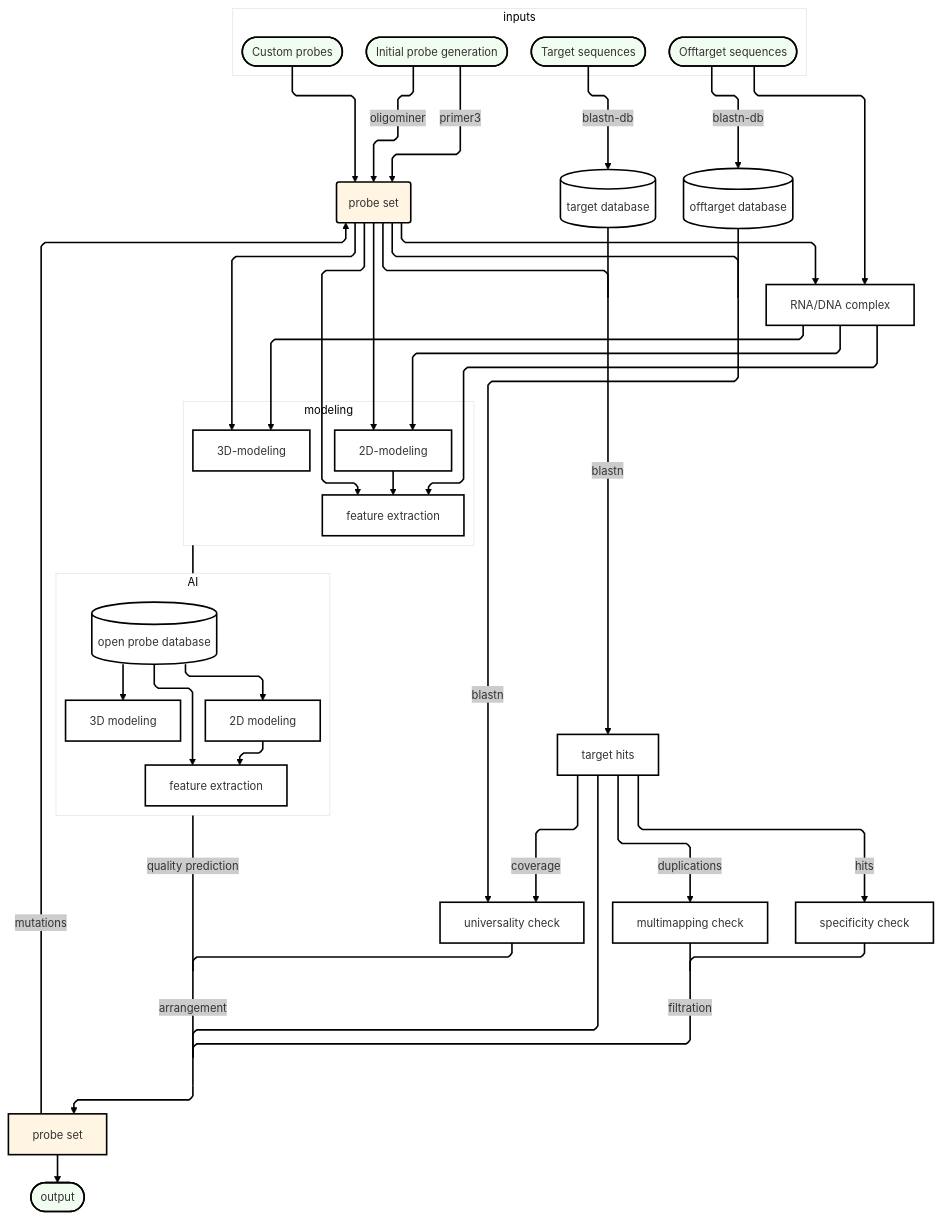
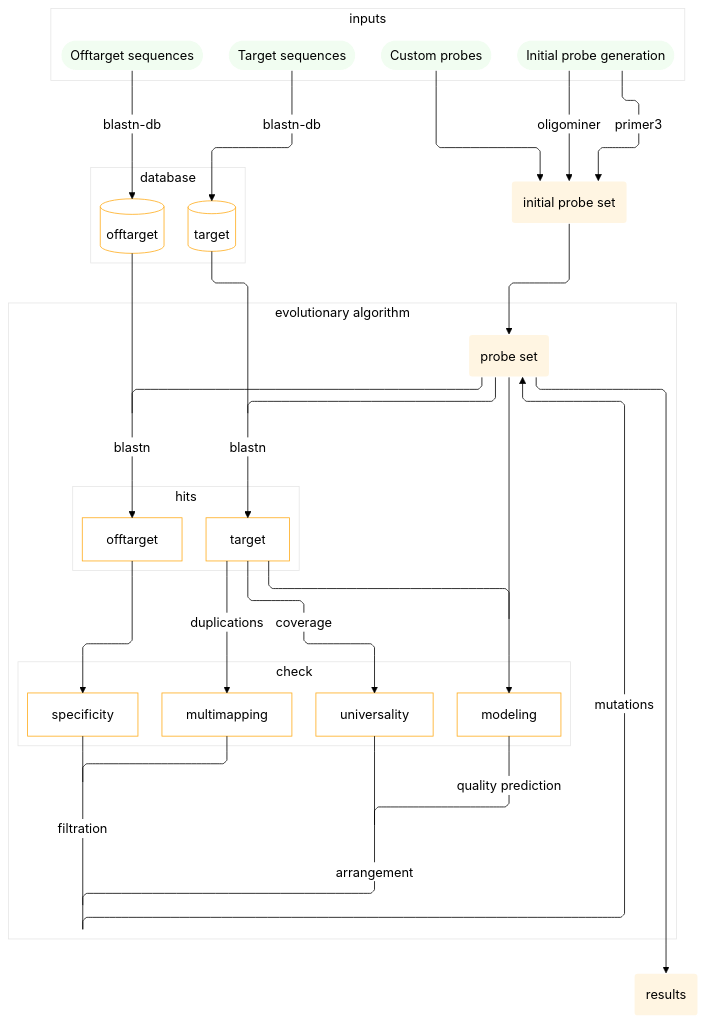
One commit to CTLab-ITMO/PROBEst changed the first of 2 diagrams in README.md. Above: the diagram before and after it, drawn with Mermaid. The commit also changed other lines of this file, not shown here.

Commit message:
mermaid fix

````diff
--- a/README.md
+++ b/README.md
@@ -105,20 +105,28 @@
 ---
 config:
   layout: elk
-  flowchart: 
-    curve: linear
-  theme: neo
   look: classic
-  style:
-    node:
-      borderColor: linear-gradient(to right, #FFAC1C, #90EE90)
-      fill: white
-    edge:
-      color: black
-    subgraph:
-      borderStyle: dotted
 ---
-flowchart TD
+%%{init: {
+  'theme': 'base',
+  'themeVariables': {
+    'fontFamily': 'arial',
+    'fontSize': '16px',
+    'primaryColor': '#fff',
+    'primaryBorderColor': '#FFAC1C',
+    'primaryTextColor': '#000',
+    'lineColor': '#000',
+    'secondaryColor': 'white',
+    'tertiaryColor': '#fff',
+    'subgraphBorderStyle': 'dotted'
+  },
+  'flowchart': {
+    'curve': 'monotoneY',
+    'padding': 15
+  }
+}}%%
+
+graph TD
   subgraph inputs
   A
   A1
@@ -126,67 +134,62 @@
   T3
   end
 
-  A([Initial probe generation]):::input -- primer3 --> B(probe set):::probe
-  A -- oligominer --> B
-  A1([Custom probes]):::input --> B
+  A([Initial probe generation]):::input -- primer3 --> B2(initial probe set):::probe
+  A -- oligominer --> B2
+  A1([Custom probes]):::input --> B2
+  B2 --> B(probe set):::probe
 
-  T1([Target sequences]):::input -- blastn-db --> T2[(target database)]
-  T3([Offtarget sequences]):::input -- blastn-db --> T4[(offtarget database)]
+  T1([Target sequences]):::input -- blastn-db --> T2[(target)]
+  T3([Offtarget sequences]):::input -- blastn-db --> T4[(offtarget)]
 
-  T2 --- E1[ ]:::empty
-  B --- E1
-  E1 -- blastn --> T5[target hits]
-
-  T4 --- E2[ ]:::empty
-  B --- E2
-  E2 -- blastn --> T6[offtarget hits]
-
-  T5 -- coverage --> T6[universality check]
-  T5 -- duplications --> T7[multimapping check]
-  T5 -- hits --> T8[specificity check]
-
-  subgraph modeling
-  M1[2D-modeling]
-  M2[3D-modeling]
-  M3[feature extraction]
-  M1 --> M3
+  subgraph database
+  T2
+  T4
   end
 
-  B --> M0[RNA/DNA complex]
-  T3 --> M0
-  M0 --> M1
-  M0 --> M2
-  M0 --> M3
-  B --> M1
-  B --> M2
-  B --> M3
+  subgraph evolutionary algorithm
+    subgraph hits
+    TP
+    TN
+    end
 
-  subgraph AI
-  PD[(open probe database)]
-  M11[2D modeling]
-  M12[3D modeling]
-  M13[feature extraction]
-  M11 --> M13
-  PD --> M11
-  PD --> M12
-  PD --> M13
+    T2 --- E1[ ]:::empty
+    B --- E1
+    E1 -- blastn --> TP[target]
+
+    T4 --- E2[ ]:::empty
+    B --- E2
+    E2 -- blastn --> TN[offtarget]
+
+    TP -- coverage --> T6[universality]
+    TP -- duplications --> T7[multimapping]
+    TN ---> T8[specificity]
+
+    subgraph check
+    T6
+    T7
+    T8
+    M1
+    end
+
+    B --- E6[ ]:::empty --> M1[modeling]
+    TP --- E6
+
+
+    M1 -- quality prediction --- E5
+
+    
+    T7 --- E3[ ]:::empty
+    T8 --- E3
+    E3 -- filtration --- E4[ ]:::empty
+    T6 --- E5[ ]:::empty
+    E5 -- arrangement --- E4
+    E4 --- T9[ ]:::empty
+    T9 -- mutations --> B
   end
-
-  modeling --- AI -- quality prediction --- E5
-
-  
-  T7 --- E3[ ]:::empty
-  T8 --- E3
-  E3 -- filtration --- E4[ ]:::empty
-  T6 --- E5[ ]:::empty
-  E5 -- arrangement --- E4
-  T5 --- E4
-  E4 --- T9[ ]:::empty
-  T9 ---> B1[probe set]:::probe
-  B1 -- mutations --> B
-  B1 --> T11([output]):::input
+  B --> T11(results):::probe
 
   classDef empty width:0px,height:0px;
-  classDef input fill:#90EE9020,shape:ellipse;
-  classDef probe fill:#FFAC1C20,border-color:white;
+  classDef input fill:#90EE9020,stroke:#fff,stroke-width:2px,shape:ellipse;
+  classDef probe fill:#FFAC1C20,stroke:#fff,stroke-width:2px;
 ```
````
